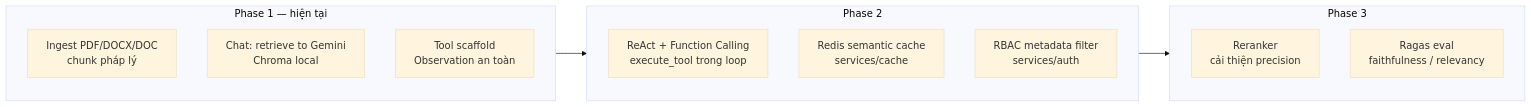
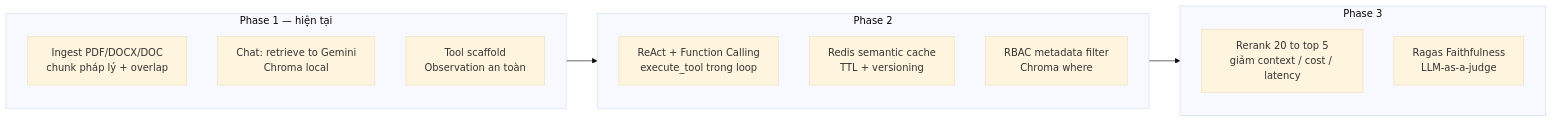
Before and after one commit to ducchungtx/advanced-rag-agent: diagram 13 of 13 in docs/architecture.md, drawn with Mermaid (base theme). The commit also changed other lines of this file and 1 other file, not shown here.

Commit message:
Enhance architecture and learning documentation, detailing tech stack, system overview, and caching strategies. Update flowcharts to reflect new components and processes for improved clarity.

````diff
--- a/docs/architecture.md
+++ b/docs/architecture.md
@@ -247,21 +410,21 @@
 ```mermaid
 flowchart LR
     subgraph P1["Phase 1 — hiện tại"]
-        A1[Ingest PDF/DOCX/DOC<br/>chunk pháp lý]
+        A1[Ingest PDF/DOCX/DOC<br/>chunk pháp lý + overlap]
         A2[Chat: retrieve to Gemini<br/>Chroma local]
         A3[Tool scaffold<br/>Observation an toàn]
     end
 
     subgraph P2["Phase 2"]
         B1[ReAct + Function Calling<br/>execute_tool trong loop]
-        B2[Redis semantic cache<br/>services/cache]
-        B3[RBAC metadata filter<br/>services/auth]
+        B2[Redis semantic cache<br/>TTL + versioning]
+        B3[RBAC metadata filter<br/>Chroma where]
     end
 
     subgraph P3["Phase 3"]
-        C1[Reranker<br/>cải thiện precision]
-        C2[Ragas eval<br/>faithfulness / relevancy]
+        C1[Rerank 20 to top 5<br/>giảm context / cost / latency]
+        C2[Ragas Faithfulness<br/>LLM-as-a-judge]
     end
 
     P1 --> P2 --> P3
 ```
````
